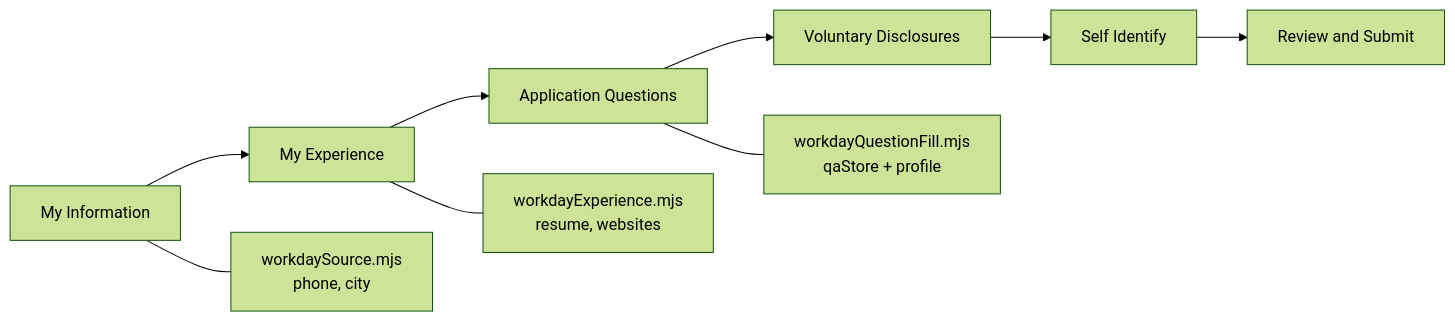
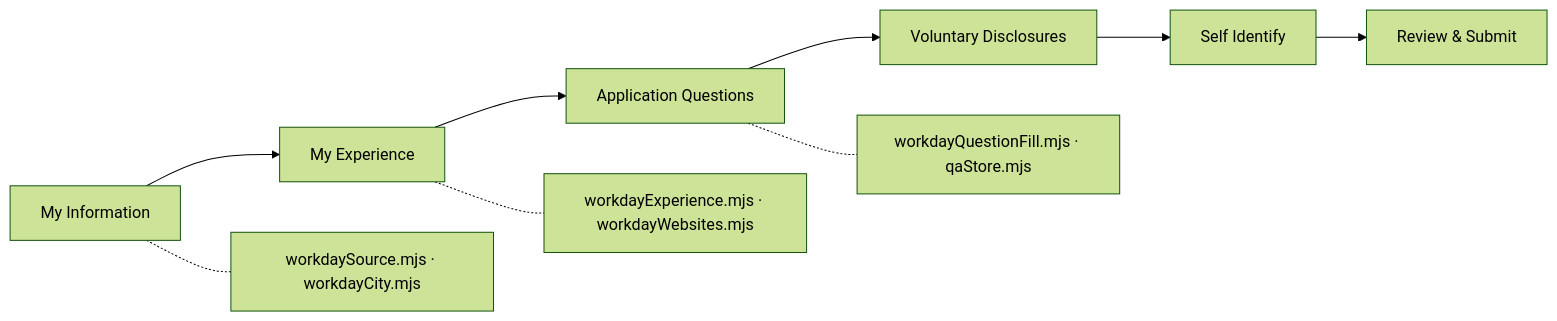
The second of 5 diagrams in README.md (ajithchandraapplywizz/Workday_Auto), drawn with Mermaid (forest theme) before and after one commit. The commit also changed other lines of this file, not shown here.

````diff
--- a/README.md
+++ b/README.md
@@ -91,12 +53,12 @@
 ```mermaid
 flowchart LR
-    S1[My Information] --> S2[My Experience]
-    S2 --> S3[Application Questions]
-    S3 --> S4[Voluntary Disclosures]
-    S4 --> S5[Self Identify]
-    S5 --> S6[Review and Submit]
+    WI[My Information] --> ME[My Experience]
+    ME --> AQ[Application Questions]
+    AQ --> VD[Voluntary Disclosures]
+    VD --> SI[Self Identify]
+    SI --> RS[Review & Submit]
 
-    S1 --- S1a[workdaySource.mjs<br/>phone, city]
-    S2 --- S2a[workdayExperience.mjs<br/>resume, websites]
-    S3 --- S3a[workdayQuestionFill.mjs<br/>qaStore + profile]
+    WI -.- M1[workdaySource.mjs · workdayCity.mjs]
+    ME -.- M2[workdayExperience.mjs · workdayWebsites.mjs]
+    AQ -.- M3[workdayQuestionFill.mjs · qaStore.mjs]
 ```
````
